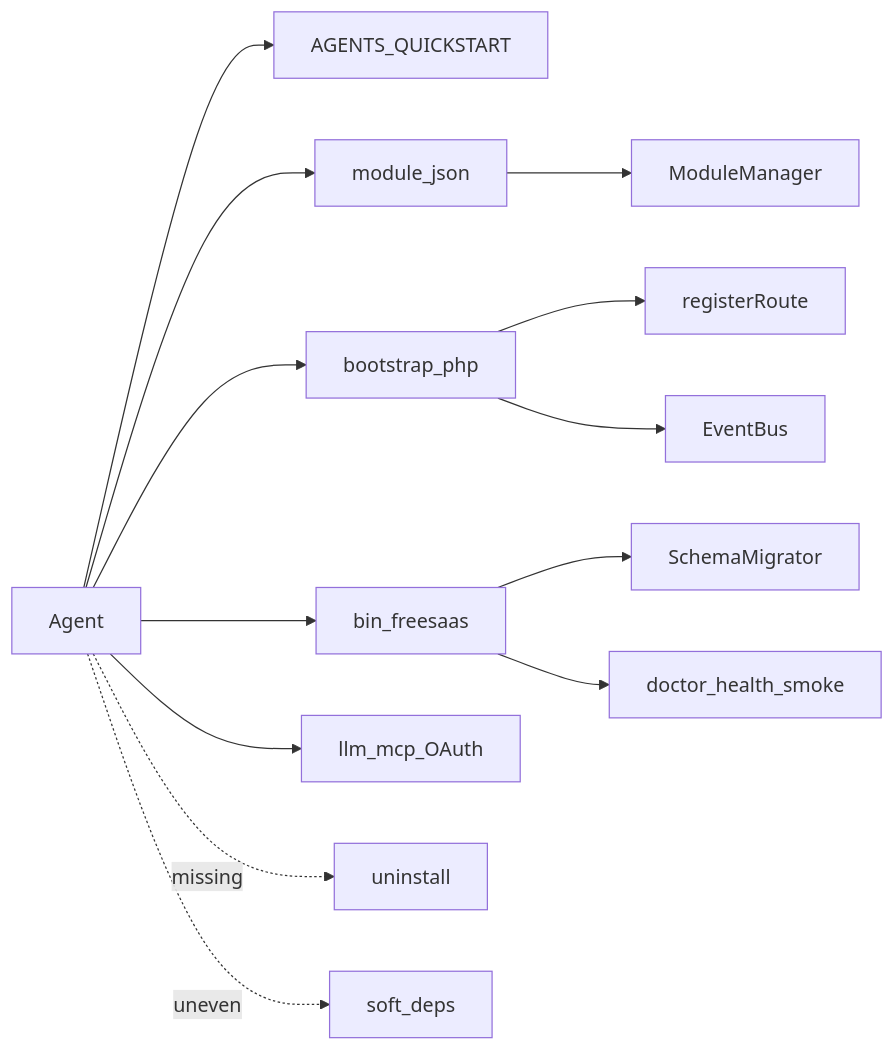
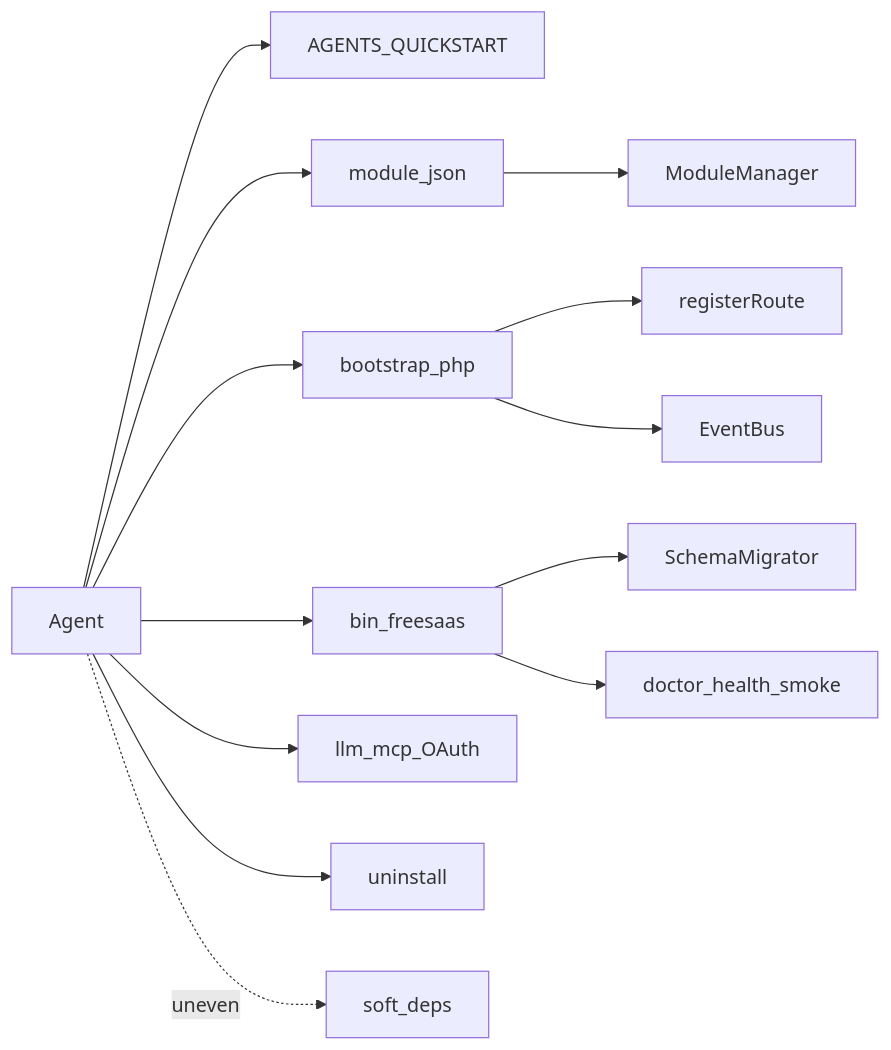
Before and after one commit to FreeSaaSProject/freesaas: the first of 2 diagrams in docs/agent-native-audit.md, drawn with Mermaid. The commit also changed other lines of this file and 36 other files, not shown here.

````diff
--- a/docs/agent-native-audit.md
+++ b/docs/agent-native-audit.md
@@ -68,15 +68,15 @@
 ```mermaid
 flowchart LR
   agent[Agent] --> docs[AGENTS_QUICKSTART]
   agent --> manifest[module_json]
   agent --> bootstrap[bootstrap_php]
   agent --> cli[bin_freesaas]
   agent --> mcp[llm_mcp_OAuth]
   manifest --> discover[ModuleManager]
   bootstrap --> routes[registerRoute]
   bootstrap --> events[EventBus]
   cli --> migrate[SchemaMigrator]
   cli --> doctor[doctor_health_smoke]
-  agent -.->|missing| uninstall[uninstall]
+  agent --> uninstall[uninstall]
   agent -.->|uneven| softDeps[soft_deps]
 ```
````
